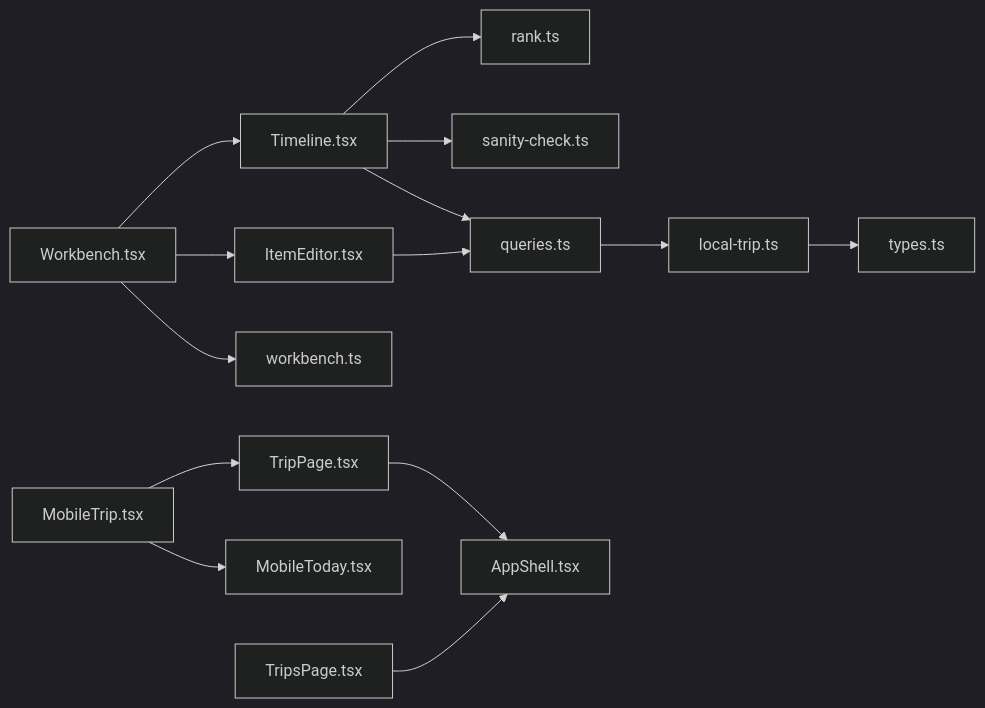
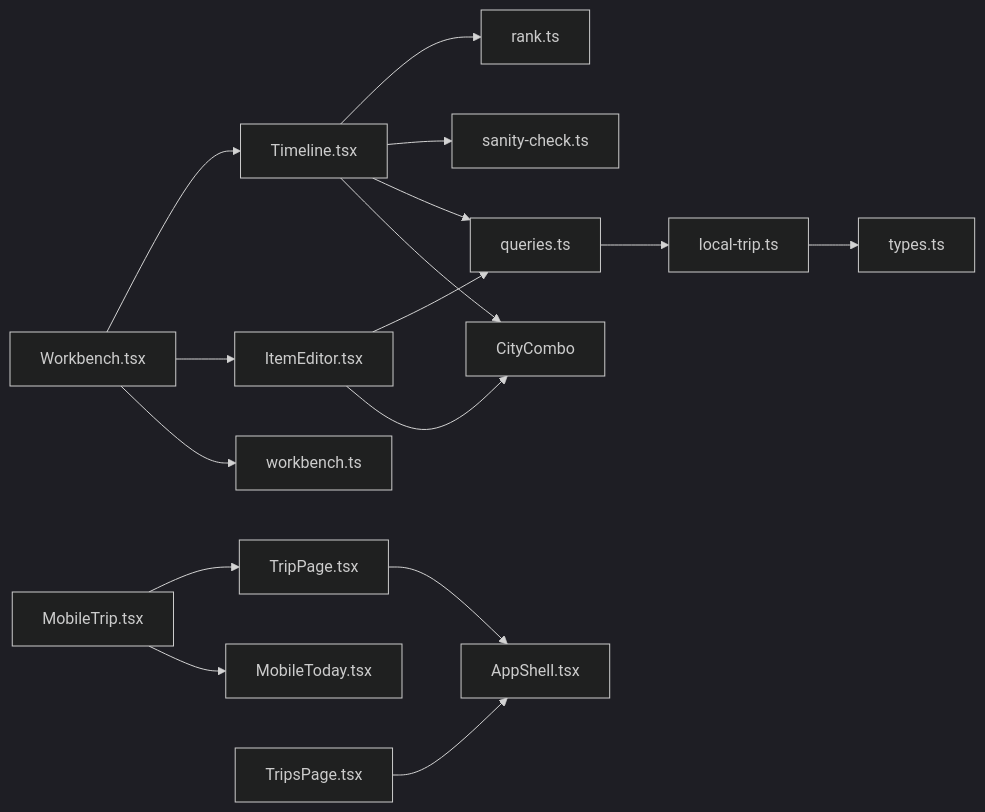
Before and after one commit to huangyilu/wanwuyishi: the eighth of 8 diagrams in .qoder/repowiki/zh/content/核心功能模块/行程管理模块/行程管理模块.md, drawn with Mermaid (dark theme). The commit also changed other lines of this file and 93 other files, not shown here.

````diff
--- a/.qoder/repowiki/zh/content/核心功能模块/行程管理模块/行程管理模块.md
+++ b/.qoder/repowiki/zh/content/核心功能模块/行程管理模块/行程管理模块.md
@@ -429,16 +499,18 @@
 ```mermaid
 graph LR
 WB["Workbench.tsx"] --> TL["Timeline.tsx"]
 WB --> IE["ItemEditor.tsx"]
 TL --> RK["rank.ts"]
 TL --> SC["sanity-check.ts"]
 WB --> ST["workbench.ts"]
 TL --> Q["queries.ts"]
 IE --> Q
 Q --> ADP["local-trip.ts"]
 ADP --> TY["types.ts"]
 MT["MobileTrip.tsx"] --> TP["TripPage.tsx"]
 TP --> AS["AppShell.tsx"]
 MT --> MTO["MobileToday.tsx"]
 TS["TripsPage.tsx"] --> AS
+TL --> CC["CityCombo"]
+IE --> CC
 ```
````
